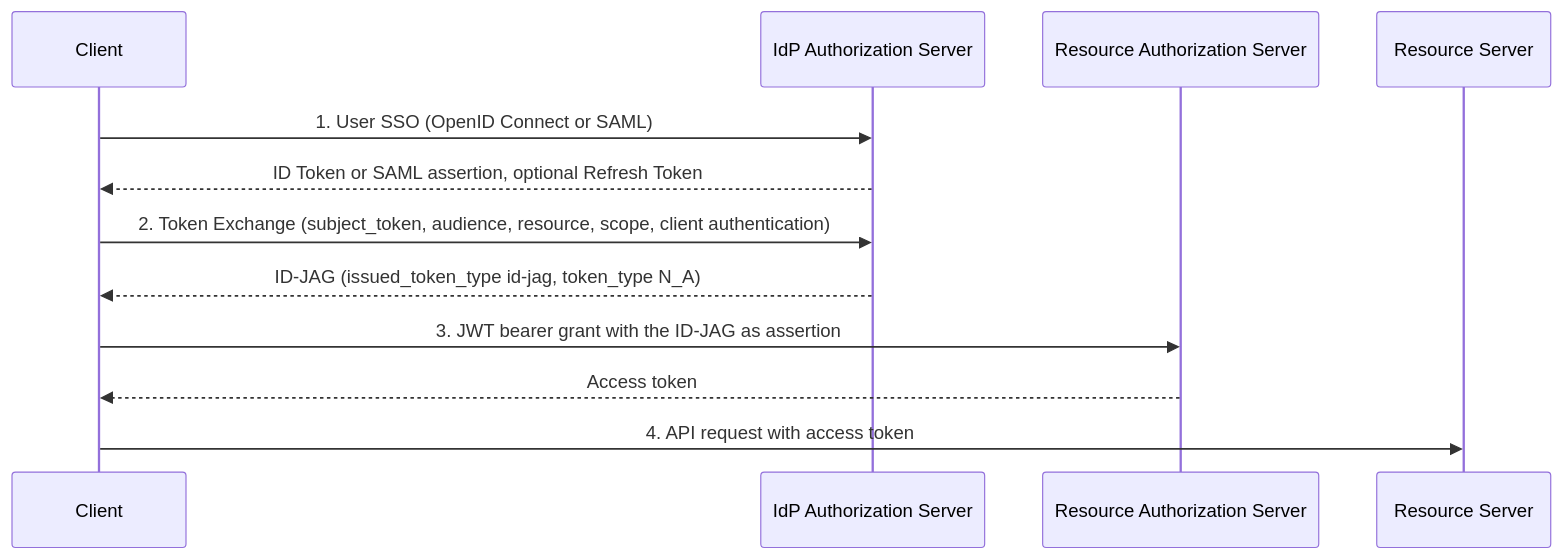
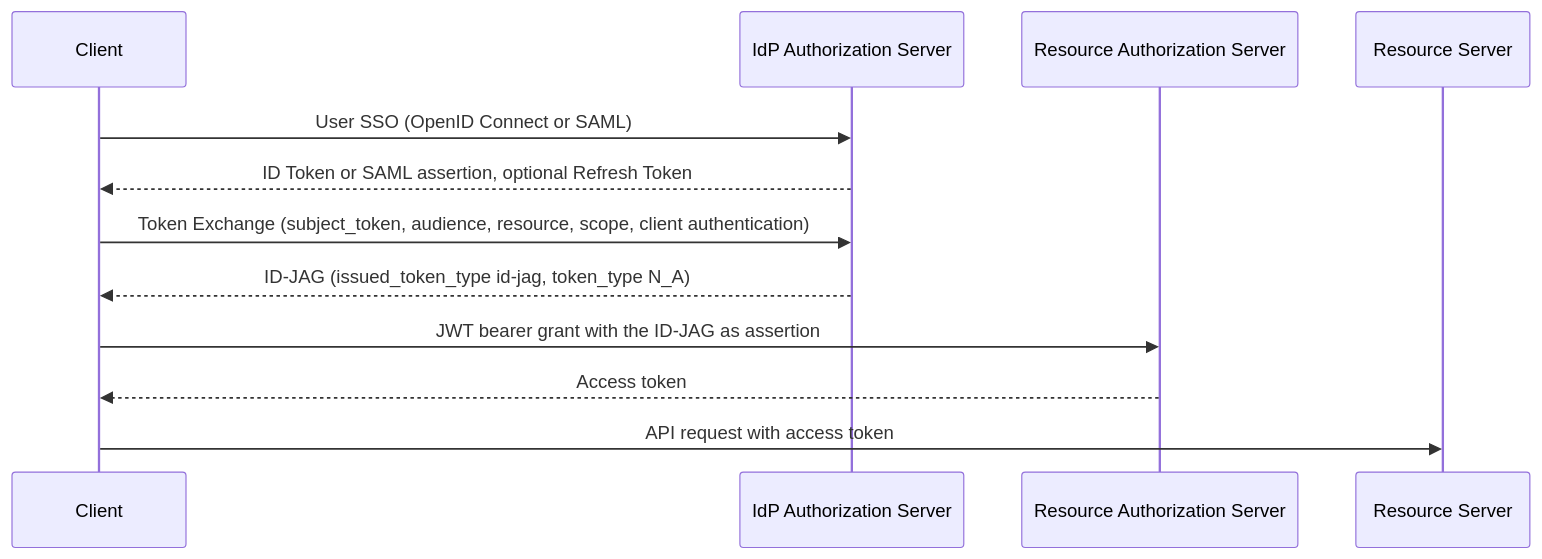
The diagram in tracks/oauth-wg/deep-dives/draft-ietf-oauth-identity-assertion-authz-grant/README.md (0-draft/identity-deep-dive), drawn with Mermaid before and after one commit. The commit also changed other lines of this file and 1 other file, not shown here.

Commit message:
docs(oauth-wg): align diagram steps, tenancy cites, retry rule and an inferred error code

````diff
--- a/tracks/oauth-wg/deep-dives/draft-ietf-oauth-identity-assertion-authz-grant/README.md
+++ b/tracks/oauth-wg/deep-dives/draft-ietf-oauth-identity-assertion-authz-grant/README.md
@@ -11,14 +11,14 @@
 ```mermaid
 sequenceDiagram
     participant C as Client
     participant I as IdP Authorization Server
     participant R as Resource Authorization Server
     participant S as Resource Server
-    C->>I: 1. User SSO (OpenID Connect or SAML)
+    C->>I: User SSO (OpenID Connect or SAML)
     I-->>C: ID Token or SAML assertion, optional Refresh Token
-    C->>I: 2. Token Exchange (subject_token, audience, resource, scope, client authentication)
+    C->>I: Token Exchange (subject_token, audience, resource, scope, client authentication)
     I-->>C: ID-JAG (issued_token_type id-jag, token_type N_A)
-    C->>R: 3. JWT bearer grant with the ID-JAG as assertion
+    C->>R: JWT bearer grant with the ID-JAG as assertion
     R-->>C: Access token
-    C->>S: 4. API request with access token
+    C->>S: API request with access token
 ```
````
